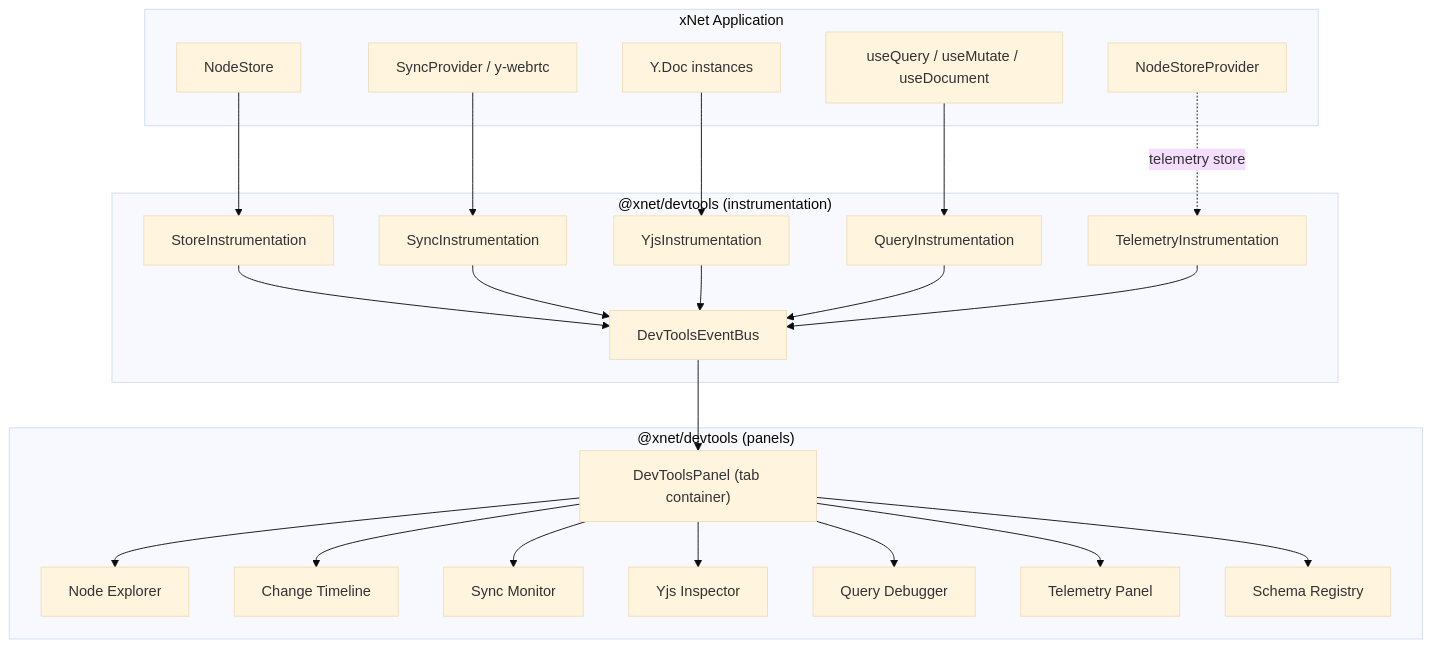
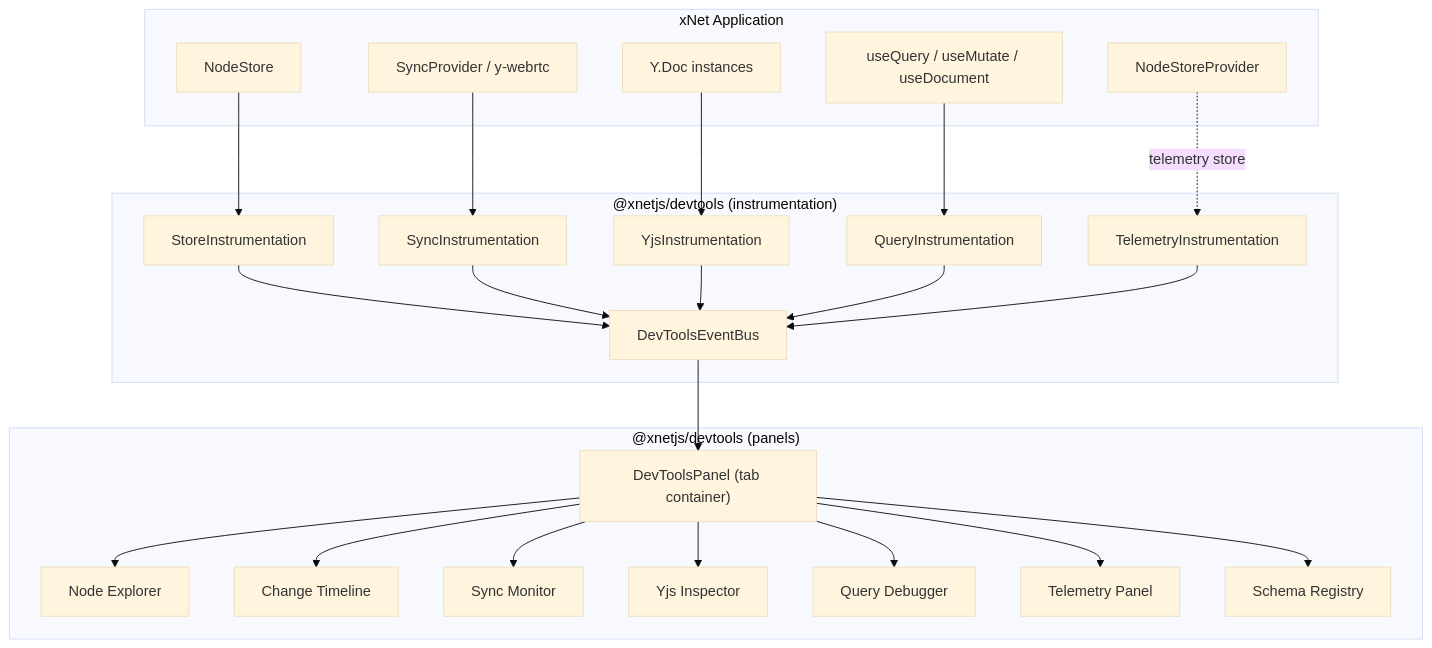
One commit to crs48/xNet changed the diagram in docs/plans/plan03_2_2DevTools/README.md. Above: the diagram before and after it, drawn with Mermaid (base theme). The commit also changed other lines of this file and 980 other files, not shown here.

````diff
--- a/docs/plans/plan03_2_2DevTools/README.md
+++ b/docs/plans/plan03_2_2DevTools/README.md
@@ -38,51 +38,51 @@
 ```mermaid
 flowchart TB
     subgraph App["xNet Application"]
         Provider["NodeStoreProvider"]
         Hooks["useQuery / useMutate / useDocument"]
         Store["NodeStore"]
         Sync["SyncProvider / y-webrtc"]
         YDocs["Y.Doc instances"]
     end
 
-    subgraph Instrumentation["@xnet/devtools (instrumentation)"]
+    subgraph Instrumentation["@xnetjs/devtools (instrumentation)"]
         EventBus["DevToolsEventBus"]
         StoreInstr["StoreInstrumentation"]
         SyncInstr["SyncInstrumentation"]
         YjsInstr["YjsInstrumentation"]
         QueryInstr["QueryInstrumentation"]
         TelInstr["TelemetryInstrumentation"]
     end
 
-    subgraph UI["@xnet/devtools (panels)"]
+    subgraph UI["@xnetjs/devtools (panels)"]
         Shell["DevToolsPanel (tab container)"]
         NE["Node Explorer"]
         CT["Change Timeline"]
         SM["Sync Monitor"]
         YI["Yjs Inspector"]
         QD["Query Debugger"]
         TP["Telemetry Panel"]
         SR["Schema Registry"]
     end
 
     Store --> StoreInstr
     Sync --> SyncInstr
     YDocs --> YjsInstr
     Hooks --> QueryInstr
     Provider -.->|"telemetry store"| TelInstr
 
     StoreInstr --> EventBus
     SyncInstr --> EventBus
     YjsInstr --> EventBus
     QueryInstr --> EventBus
     TelInstr --> EventBus
 
     EventBus --> Shell
     Shell --> NE
     Shell --> CT
     Shell --> SM
     Shell --> YI
     Shell --> QD
     Shell --> TP
     Shell --> SR
 ```
````
